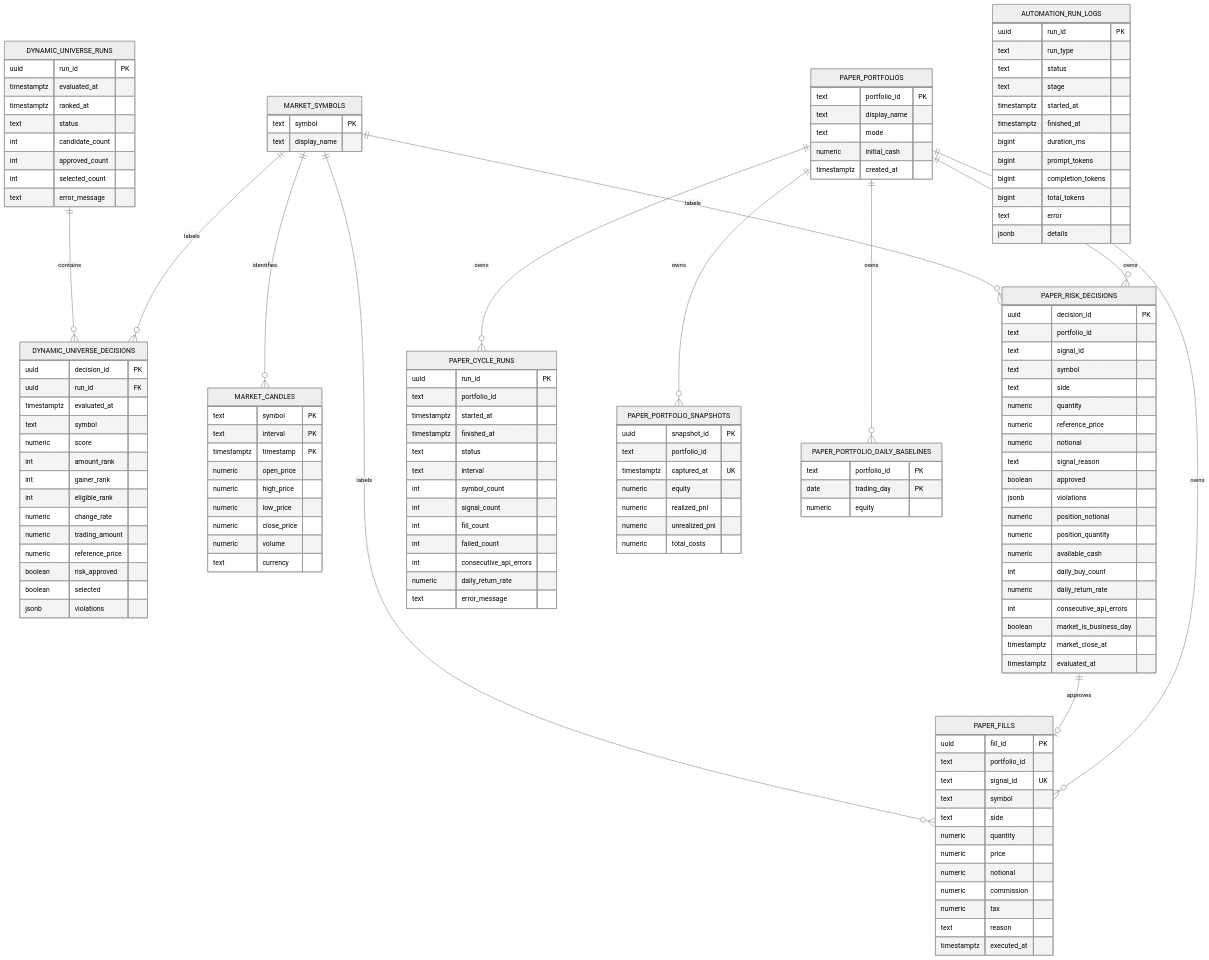
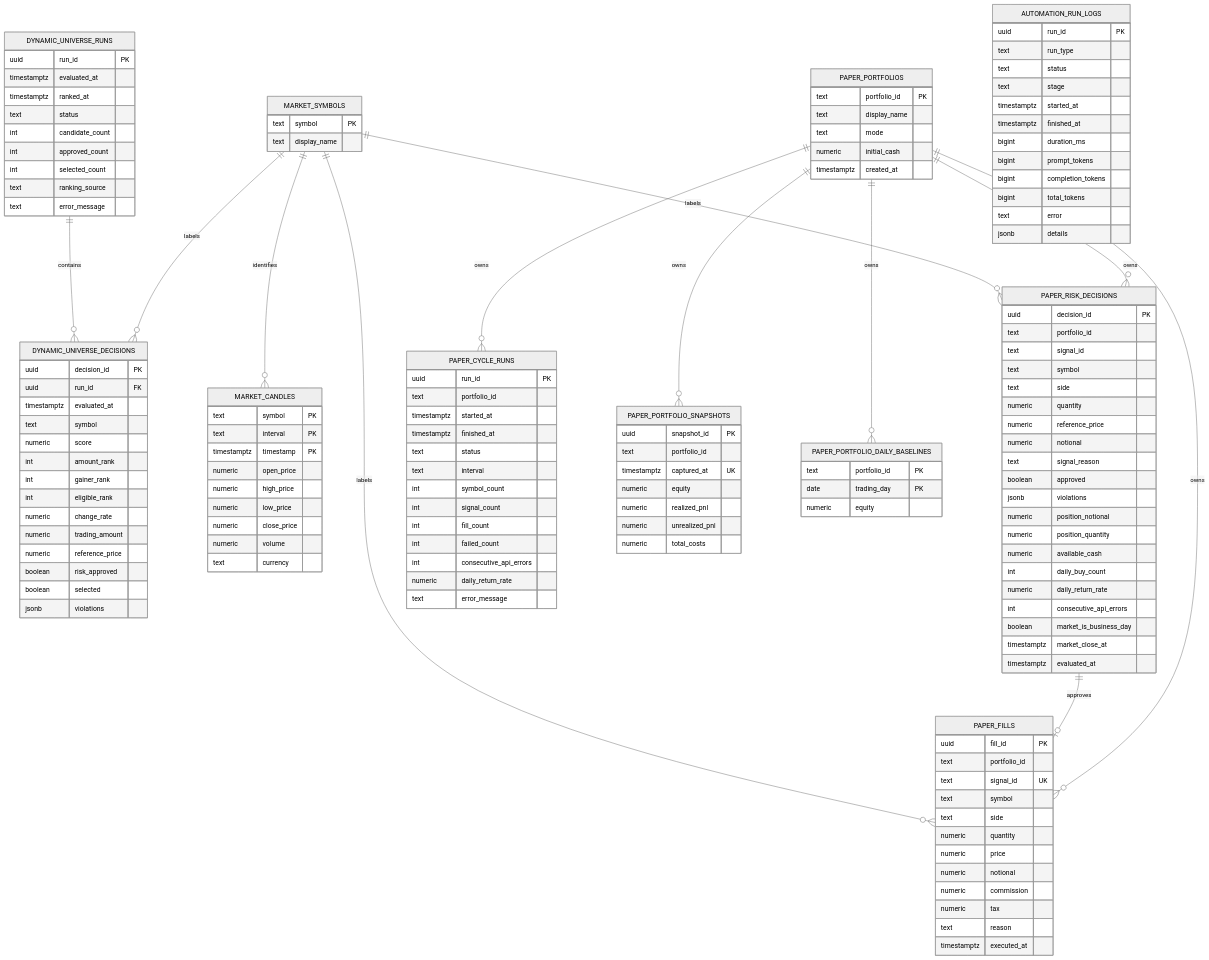
One commit to hunchulchoi/toss-trader changed diagram 12 of 12 in docs/system-workflow.md. Above: the diagram before and after it, drawn with Mermaid (neutral theme). The commit also changed other lines of this file and 18 other files, not shown here.

```diff
--- a/docs/system-workflow.md
+++ b/docs/system-workflow.md
@@ -489,6 +492,7 @@
         int candidate_count
         int approved_count
         int selected_count
+        text ranking_source
         text error_message
     }
     DYNAMIC_UNIVERSE_DECISIONS {
```
